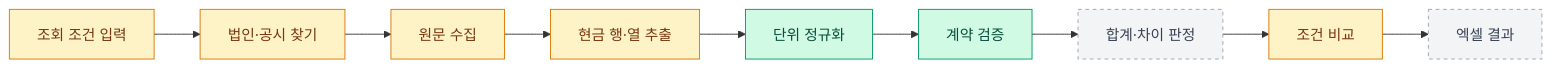
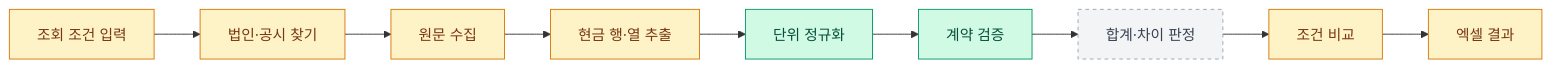
One commit to YUJAEYUN/Dartness changed the diagram in docs/system-status.md. Above: the diagram before and after it, drawn with Mermaid. The commit also changed other lines of this file and 15 other files, not shown here.

````diff
--- a/docs/system-status.md
+++ b/docs/system-status.md
@@ -11,18 +11,18 @@
 ```mermaid
 flowchart LR
     A[조회 조건 입력] --> B[법인·공시 찾기]
     B --> C[원문 수집]
     C --> D[현금 행·열 추출]
     D --> E[단위 정규화]
     E --> F[계약 검증]
     F --> G[합계·차이 판정]
     G --> H[조건 비교]
     H --> I[엑셀 결과]
 
     classDef done fill:#d1fae5,stroke:#059669,color:#064e3b
     classDef partial fill:#fef3c7,stroke:#d97706,color:#78350f
     classDef todo fill:#f3f4f6,stroke:#9ca3af,color:#374151,stroke-dasharray:4
     class E,F done
-    class A,B,C,D,H partial
-    class G,I todo
+    class A,B,C,D,H,I partial
+    class G todo
 ```
````
